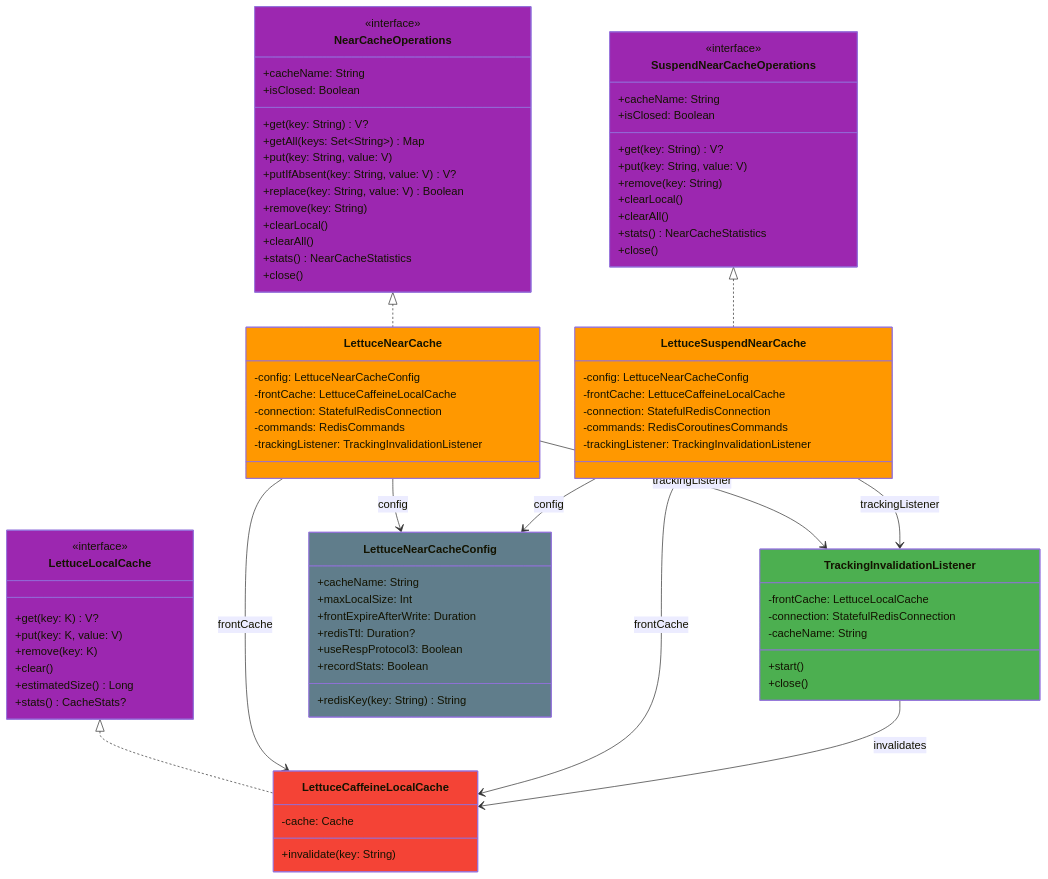
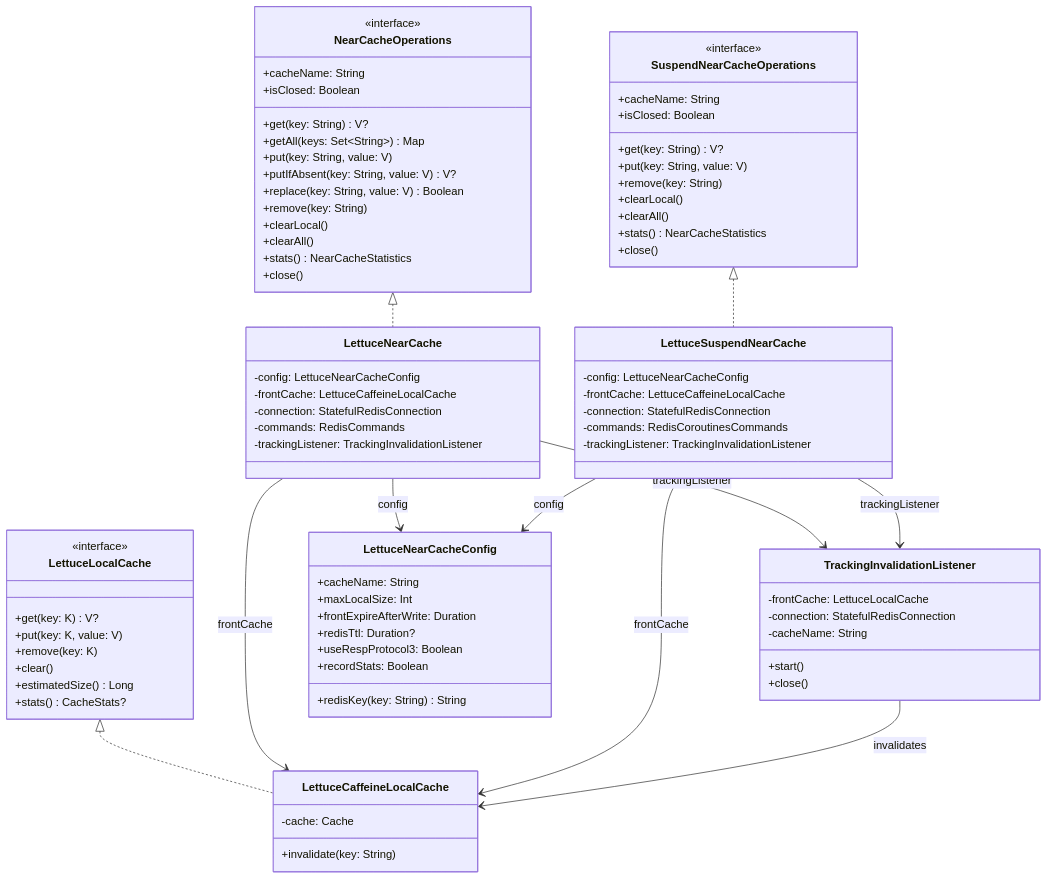
Before and after one commit to bluetape4k/bluetape4k-projects: the second of 3 diagrams in infra/cache-lettuce/README.md, drawn with Mermaid. The commit also changed other lines of this file and 95 other files, not shown here.

First line of the commit message:
docs: Mermaid 파서 오류 전체 수정 (IntelliJ IDEA 호환)

````diff
--- a/infra/cache-lettuce/README.md
+++ b/infra/cache-lettuce/README.md
@@ -176,6 +176,6 @@
 ```mermaid
 classDiagram
-    class NearCacheOperations:::abstractStyle {
+    class NearCacheOperations {
         <<interface>>
         +cacheName: String
         +isClosed: Boolean
@@ -191,7 +191,7 @@
         +close()
     }
 
-    class SuspendNearCacheOperations:::abstractStyle {
+    class SuspendNearCacheOperations {
         <<interface>>
         +cacheName: String
         +isClosed: Boolean
@@ -204,7 +204,7 @@
         +close()
     }
 
-    class LettuceNearCache:::redisStyle {
+    class LettuceNearCache {
         -config: LettuceNearCacheConfig
         -frontCache: LettuceCaffeineLocalCache
         -connection: StatefulRedisConnection
@@ -212,7 +212,7 @@
         -trackingListener: TrackingInvalidationListener
     }
 
-    class LettuceSuspendNearCache:::redisStyle {
+    class LettuceSuspendNearCache {
         -config: LettuceNearCacheConfig
         -frontCache: LettuceCaffeineLocalCache
         -connection: StatefulRedisConnection
@@ -220,7 +220,7 @@
         -trackingListener: TrackingInvalidationListener
     }
 
-    class LettuceLocalCache:::abstractStyle {
+    class LettuceLocalCache {
         <<interface>>
         +get(key: K) V?
         +put(key: K, value: V)
@@ -230,12 +230,12 @@
         +stats() CacheStats?
     }
 
-    class LettuceCaffeineLocalCache:::cacheStyle {
+    class LettuceCaffeineLocalCache {
         -cache: Cache
         +invalidate(key: String)
     }
 
-    class TrackingInvalidationListener:::serviceStyle {
+    class TrackingInvalidationListener {
         -frontCache: LettuceLocalCache
         -connection: StatefulRedisConnection
         -cacheName: String
@@ -243,7 +243,7 @@
         +close()
     }
 
-    class LettuceNearCacheConfig:::infraStyle {
+    class LettuceNearCacheConfig {
         +cacheName: String
         +maxLocalSize: Int
         +frontExpireAfterWrite: Duration
@@ -264,10 +264,4 @@
     LettuceSuspendNearCache --> LettuceNearCacheConfig: config
     TrackingInvalidationListener --> LettuceCaffeineLocalCache: invalidates
 
-    classDef cacheStyle   fill:#F44336
-    classDef redisStyle   fill:#FF9800
-    classDef infraStyle   fill:#607D8B
-    classDef clientStyle  fill:#2196F3
-    classDef abstractStyle fill:#9C27B0
-    classDef serviceStyle fill:#4CAF50
 ```
````
